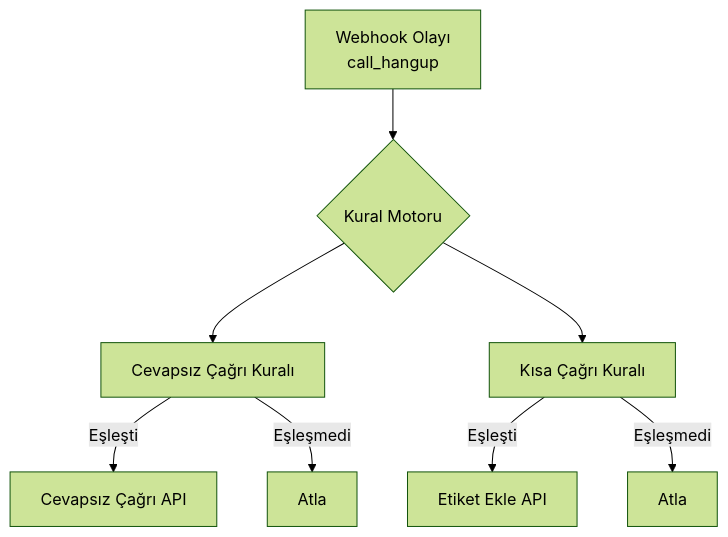
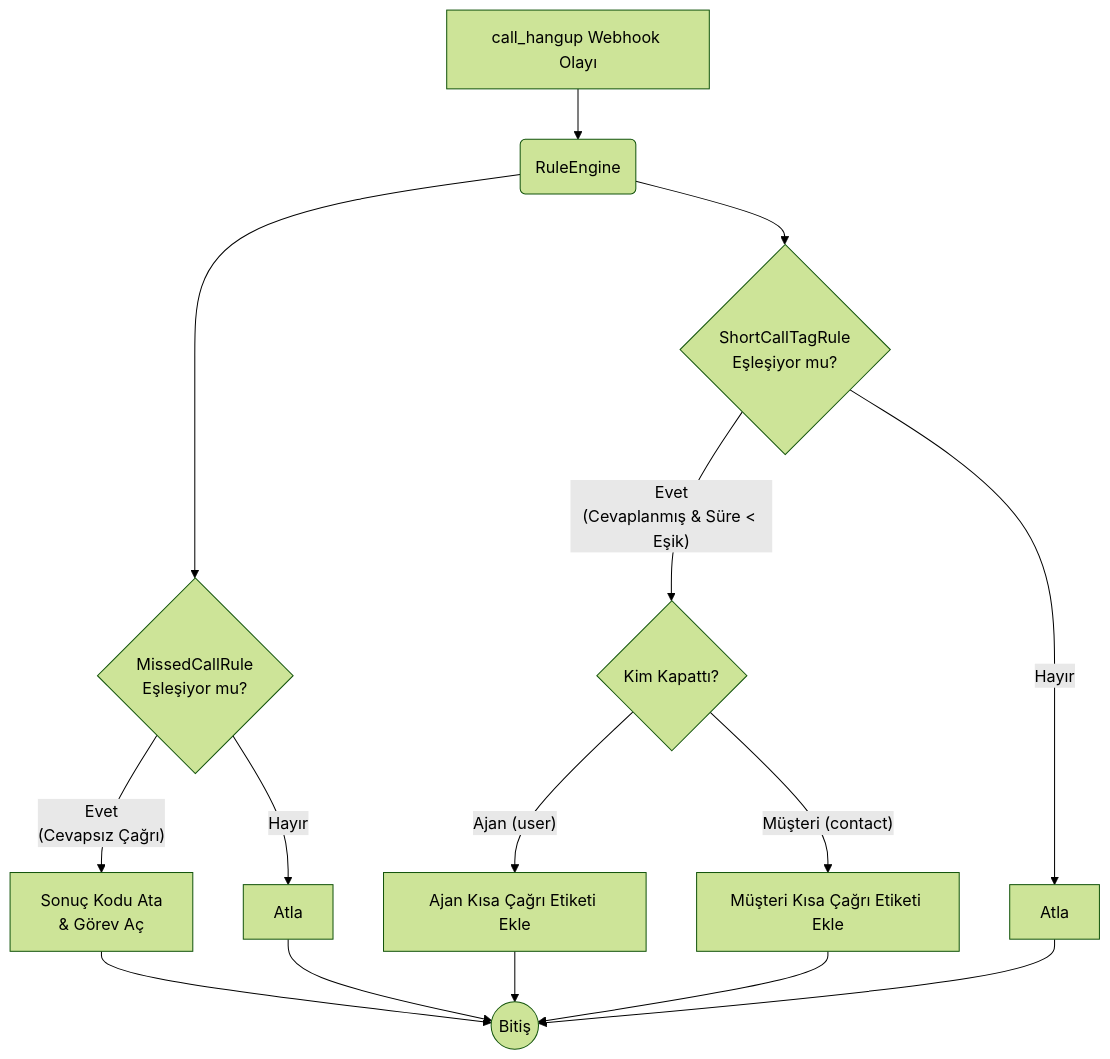
The diagram in blog/tr/08/kisa-cagrilari-otomatik-etiketleme.md (hipcall/2026-internship), drawn with Mermaid (forest theme) before and after one commit. The commit also changed 1 other file, not shown here.

Commit message:
fix: 08 makalesindeki Mermaid diyagramı detaylandırılarak güncellendi

````diff
--- a/blog/tr/08/kisa-cagrilari-otomatik-etiketleme.md
+++ b/blog/tr/08/kisa-cagrilari-otomatik-etiketleme.md
@@ -93,13 +93,21 @@
 ```mermaid
 flowchart TD
-    A[Webhook Olayı<br>call_hangup] --> B{Kural Motoru}
+    A[call_hangup Webhook Olayı] --> B(RuleEngine)
+    B --> C{MissedCallRule<br>Eşleşiyor mu?}
+    B --> D{ShortCallTagRule<br>Eşleşiyor mu?}
     
-    B --> C[Cevapsız Çağrı Kuralı]
-    B --> D[Kısa Çağrı Kuralı]
+    C -- Evet<br>(Cevapsız Çağrı) --> E[Sonuç Kodu Ata<br>& Görev Aç]
+    C -- Hayır --> F[Atla]
     
-    C -->|Eşleşti| E[Cevapsız Çağrı API]
-    C -->|Eşleşmedi| F[Atla]
+    D -- Evet<br>(Cevaplanmış & Süre < Eşik) --> G{Kim Kapattı?}
+    D -- Hayır --> H[Atla]
     
-    D -->|Eşleşti| G[Etiket Ekle API]
-    D -->|Eşleşmedi| H[Atla]
+    G -- Ajan (user) --> I[Ajan Kısa Çağrı Etiketi Ekle]
+    G -- Müşteri (contact) --> J[Müşteri Kısa Çağrı Etiketi Ekle]
+    
+    E --> K((Bitiş))
+    F --> K
+    I --> K
+    J --> K
+    H --> K
 ```
````
